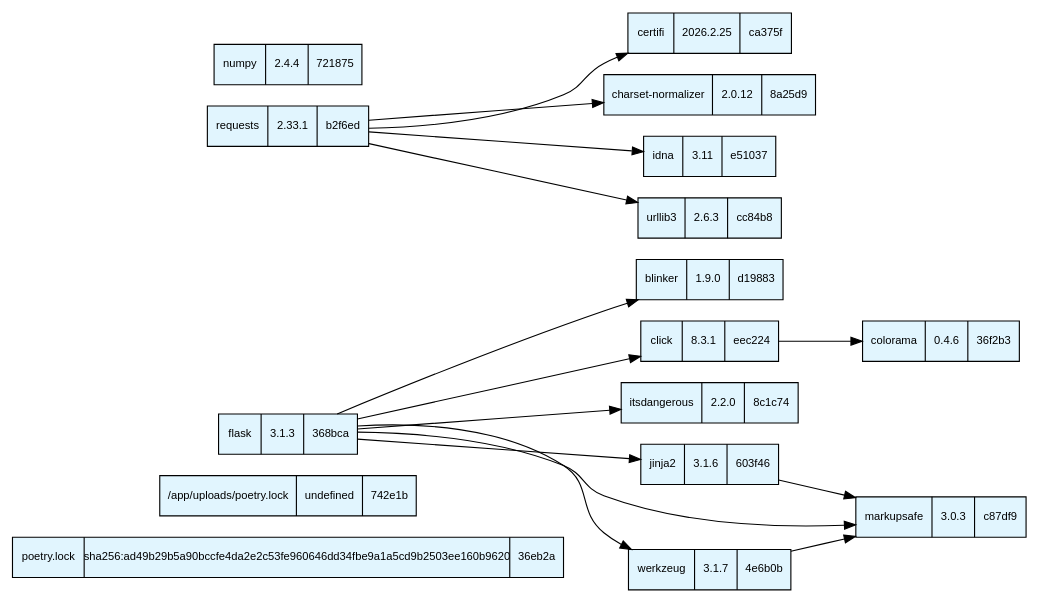
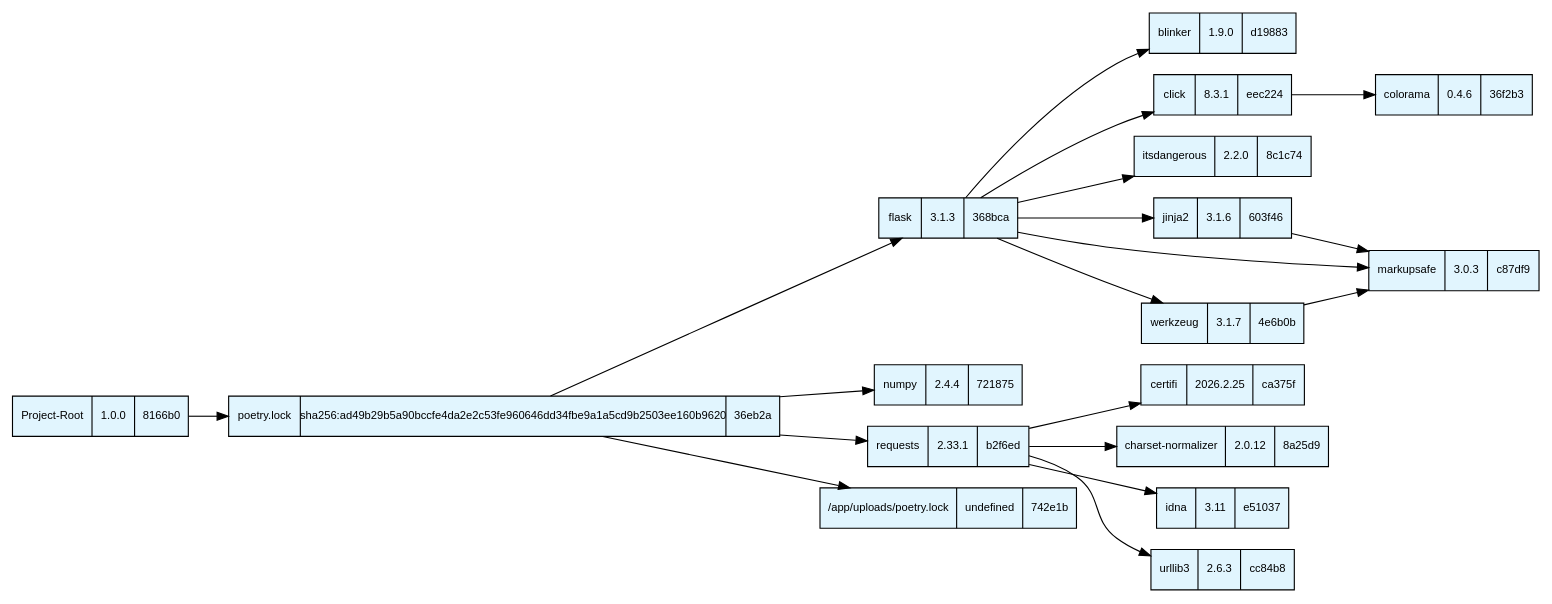
The diagram in zkVM-server/sbom_service/output_graphs/dependency_tree.dot (yuu200219/sbom_zkp), drawn with Graphviz before and after one commit. The commit also changed 4 other files, not shown here.

Commit message:
change dependency graph to tree

```diff
--- a/zkVM-server/sbom_service/output_graphs/dependency_tree.dot
+++ b/zkVM-server/sbom_service/output_graphs/dependency_tree.dot
@@ -1,33 +1,39 @@
 digraph DependencyGraph {
     node [fontname="Arial", fontsize=10, shape=record];
     rankdir=LR;
+    "virtual-root" [label="{ Project-Root | 1.0.0 | 8166b0 }", style=filled, fillcolor="#e1f5fe"];
+    "virtual-root" -> "c1ed6696946692f2";
     "c1ed6696946692f2" [label="{ poetry.lock | sha256:ad49b29b5a90bccfe4da2e2c53fe960646dd34fbe9a1a5cd9b2503ee160b9620 | 36eb2a }", style=filled, fillcolor="#e1f5fe"];
+    "c1ed6696946692f2" -> "pkg:pypi/flask@3.1.3?package-id=a8a9a07c2fc6d919";
+    "c1ed6696946692f2" -> "pkg:pypi/numpy@2.4.4?package-id=f860eeb4b2f98233";
+    "c1ed6696946692f2" -> "pkg:pypi/requests@2.33.1?package-id=c5ed5ce606f1aa6a";
+    "c1ed6696946692f2" -> "4490038dd0eaaf1f";
     "4490038dd0eaaf1f" [label="{ /app/uploads/poetry.lock | undefined | 742e1b }", style=filled, fillcolor="#e1f5fe"];
-    "pkg:pypi/blinker@1.9.0?package-id=870b1cef558676d0" [label="{ blinker | 1.9.0 | d19883 }", style=filled, fillcolor="#e1f5fe"];
-    "pkg:pypi/certifi@2026.2.25?package-id=3abcd530b411d16d" [label="{ certifi | 2026.2.25 | ca375f }", style=filled, fillcolor="#e1f5fe"];
-    "pkg:pypi/charset-normalizer@2.0.12?package-id=5b8ad9423145a411" [label="{ charset-normalizer | 2.0.12 | 8a25d9 }", style=filled, fillcolor="#e1f5fe"];
-    "pkg:pypi/click@8.3.1?package-id=23d7364e9f66825a" [label="{ click | 8.3.1 | eec224 }", style=filled, fillcolor="#e1f5fe"];
-    "pkg:pypi/click@8.3.1?package-id=23d7364e9f66825a" -> "pkg:pypi/colorama@0.4.6?package-id=754ada8d4566a598";
-    "pkg:pypi/colorama@0.4.6?package-id=754ada8d4566a598" [label="{ colorama | 0.4.6 | 36f2b3 }", style=filled, fillcolor="#e1f5fe"];
     "pkg:pypi/flask@3.1.3?package-id=a8a9a07c2fc6d919" [label="{ flask | 3.1.3 | 368bca }", style=filled, fillcolor="#e1f5fe"];
     "pkg:pypi/flask@3.1.3?package-id=a8a9a07c2fc6d919" -> "pkg:pypi/blinker@1.9.0?package-id=870b1cef558676d0";
     "pkg:pypi/flask@3.1.3?package-id=a8a9a07c2fc6d919" -> "pkg:pypi/click@8.3.1?package-id=23d7364e9f66825a";
     "pkg:pypi/flask@3.1.3?package-id=a8a9a07c2fc6d919" -> "pkg:pypi/itsdangerous@2.2.0?package-id=08bd0103b37e257e";
     "pkg:pypi/flask@3.1.3?package-id=a8a9a07c2fc6d919" -> "pkg:pypi/jinja2@3.1.6?package-id=de9da0639aaa3e80";
     "pkg:pypi/flask@3.1.3?package-id=a8a9a07c2fc6d919" -> "pkg:pypi/markupsafe@3.0.3?package-id=da31a8ee4d6ed5db";
     "pkg:pypi/flask@3.1.3?package-id=a8a9a07c2fc6d919" -> "pkg:pypi/werkzeug@3.1.7?package-id=c39817697ddfae69";
+    "pkg:pypi/blinker@1.9.0?package-id=870b1cef558676d0" [label="{ blinker | 1.9.0 | d19883 }", style=filled, fillcolor="#e1f5fe"];
+    "pkg:pypi/click@8.3.1?package-id=23d7364e9f66825a" [label="{ click | 8.3.1 | eec224 }", style=filled, fillcolor="#e1f5fe"];
+    "pkg:pypi/click@8.3.1?package-id=23d7364e9f66825a" -> "pkg:pypi/colorama@0.4.6?package-id=754ada8d4566a598";
+    "pkg:pypi/colorama@0.4.6?package-id=754ada8d4566a598" [label="{ colorama | 0.4.6 | 36f2b3 }", style=filled, fillcolor="#e1f5fe"];
     "pkg:pypi/itsdangerous@2.2.0?package-id=08bd0103b37e257e" [label="{ itsdangerous | 2.2.0 | 8c1c74 }", style=filled, fillcolor="#e1f5fe"];
     "pkg:pypi/jinja2@3.1.6?package-id=de9da0639aaa3e80" [label="{ jinja2 | 3.1.6 | 603f46 }", style=filled, fillcolor="#e1f5fe"];
     "pkg:pypi/jinja2@3.1.6?package-id=de9da0639aaa3e80" -> "pkg:pypi/markupsafe@3.0.3?package-id=da31a8ee4d6ed5db";
     "pkg:pypi/markupsafe@3.0.3?package-id=da31a8ee4d6ed5db" [label="{ markupsafe | 3.0.3 | c87df9 }", style=filled, fillcolor="#e1f5fe"];
     "pkg:pypi/werkzeug@3.1.7?package-id=c39817697ddfae69" [label="{ werkzeug | 3.1.7 | 4e6b0b }", style=filled, fillcolor="#e1f5fe"];
     "pkg:pypi/werkzeug@3.1.7?package-id=c39817697ddfae69" -> "pkg:pypi/markupsafe@3.0.3?package-id=da31a8ee4d6ed5db";
-    "pkg:pypi/idna@3.11?package-id=0675d1b09131b37d" [label="{ idna | 3.11 | e51037 }", style=filled, fillcolor="#e1f5fe"];
     "pkg:pypi/numpy@2.4.4?package-id=f860eeb4b2f98233" [label="{ numpy | 2.4.4 | 721875 }", style=filled, fillcolor="#e1f5fe"];
     "pkg:pypi/requests@2.33.1?package-id=c5ed5ce606f1aa6a" [label="{ requests | 2.33.1 | b2f6ed }", style=filled, fillcolor="#e1f5fe"];
     "pkg:pypi/requests@2.33.1?package-id=c5ed5ce606f1aa6a" -> "pkg:pypi/certifi@2026.2.25?package-id=3abcd530b411d16d";
     "pkg:pypi/requests@2.33.1?package-id=c5ed5ce606f1aa6a" -> "pkg:pypi/charset-normalizer@2.0.12?package-id=5b8ad9423145a411";
     "pkg:pypi/requests@2.33.1?package-id=c5ed5ce606f1aa6a" -> "pkg:pypi/idna@3.11?package-id=0675d1b09131b37d";
     "pkg:pypi/requests@2.33.1?package-id=c5ed5ce606f1aa6a" -> "pkg:pypi/urllib3@2.6.3?package-id=e2ece809fea9628e";
+    "pkg:pypi/certifi@2026.2.25?package-id=3abcd530b411d16d" [label="{ certifi | 2026.2.25 | ca375f }", style=filled, fillcolor="#e1f5fe"];
+    "pkg:pypi/charset-normalizer@2.0.12?package-id=5b8ad9423145a411" [label="{ charset-normalizer | 2.0.12 | 8a25d9 }", style=filled, fillcolor="#e1f5fe"];
+    "pkg:pypi/idna@3.11?package-id=0675d1b09131b37d" [label="{ idna | 3.11 | e51037 }", style=filled, fillcolor="#e1f5fe"];
     "pkg:pypi/urllib3@2.6.3?package-id=e2ece809fea9628e" [label="{ urllib3 | 2.6.3 | cc84b8 }", style=filled, fillcolor="#e1f5fe"];
 }
```
